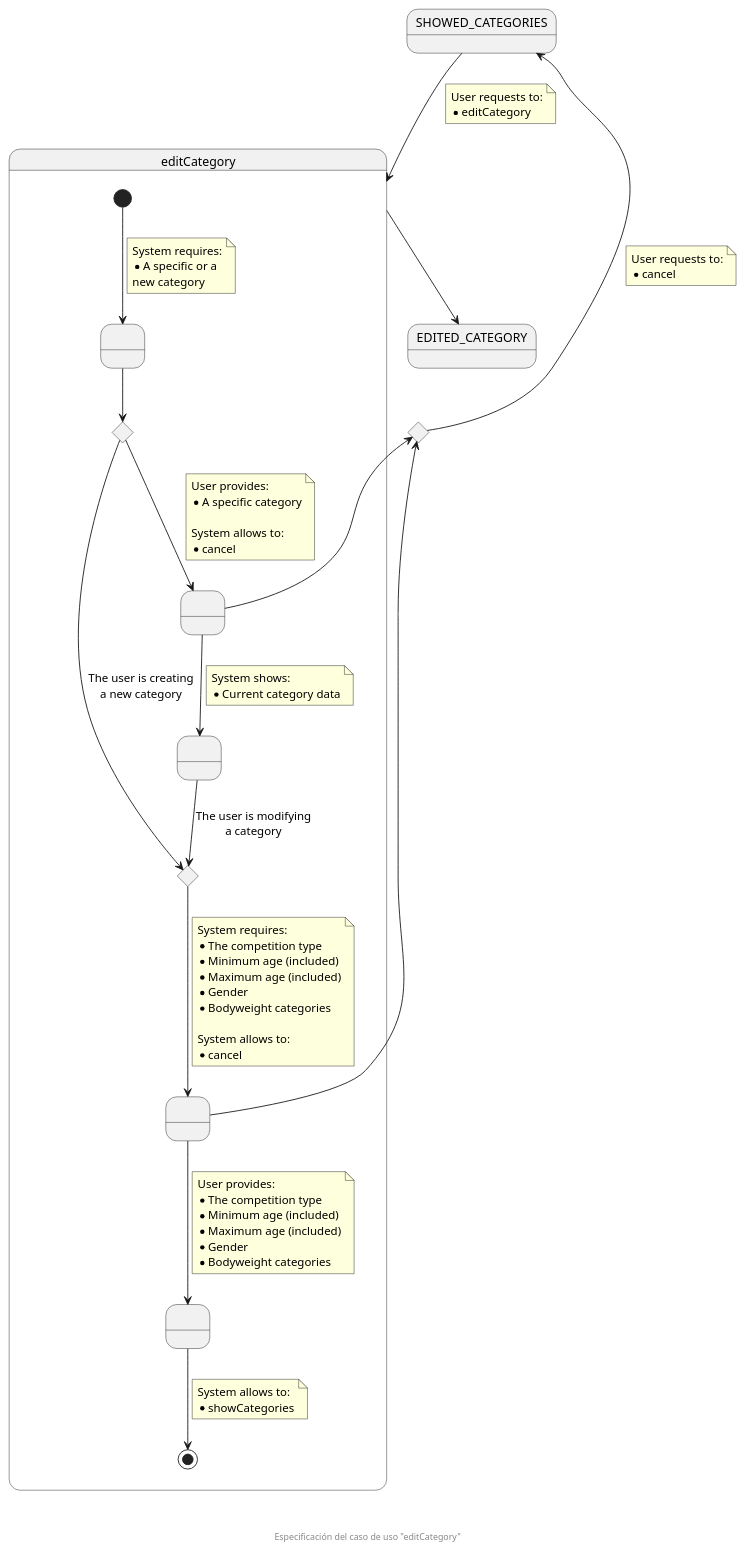
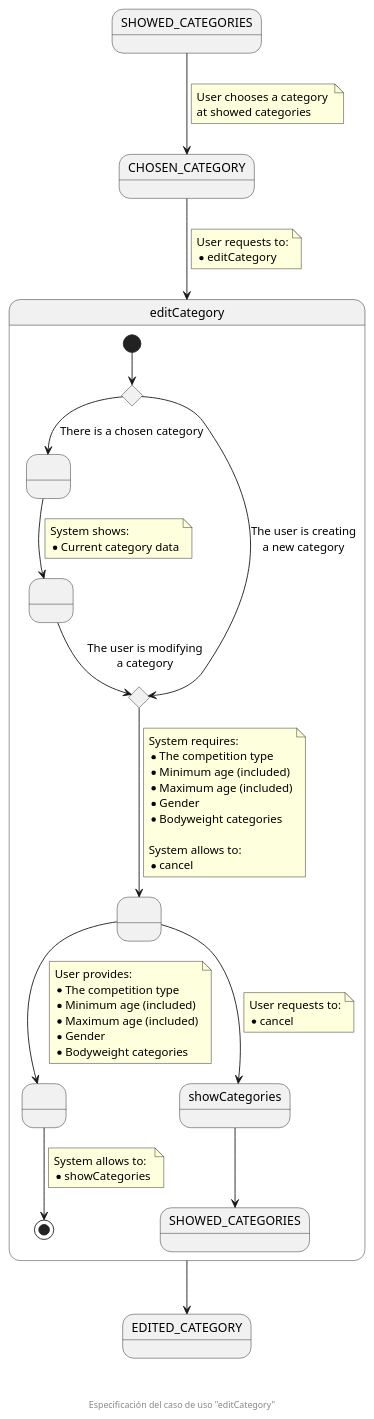
One commit to zuldare/mastercloud_pfm_halterocms changed the diagram in documentation/diagrams/useCasesSpecification/organizationSecretary/03_editCategory.puml. Above: the diagram before and after it, drawn with PlantUML.

Commit message:
Fix editCategory use case specification

```diff
--- a/documentation/diagrams/useCasesSpecification/organizationSecretary/03_editCategory.puml
+++ b/documentation/diagrams/useCasesSpecification/organizationSecretary/03_editCategory.puml
@@ -1,80 +1,72 @@
 @startuml
 state SHOWED_CATEGORIES
-state enterCancelCHC <<choice>>
+state CHOSEN_CATEGORY
 state editCategory {
-  state " " as pendingCategory
   state createOrModifyCHC <<choice>>
   state " " as providedCategory
   state " " as showedData
   state createOrModifyCHC2 <<choice>>
   state " " as pendingData
   state " " as providedData
-  [*] --> pendingCategory
-  note on link
-    System requires:
-    * A specific or a 
-    new category
-  end note
-  pendingCategory --> createOrModifyCHC
-  createOrModifyCHC --> providedCategory
-  note on link
-    User provides:
-    * A specific category
-
-    System allows to:
-    * cancel
-  end note
- createOrModifyCHC --> createOrModifyCHC2 : The user is creating\na new category
+  [*] --> createOrModifyCHC
+  createOrModifyCHC --> providedCategory : There is a chosen category
+  createOrModifyCHC --> createOrModifyCHC2 : The user is creating\na new category
   providedCategory --> showedData
   note on link
     System shows:
     * Current category data
   end note
   showedData --> createOrModifyCHC2 : The user is modifying\na category
   createOrModifyCHC2 --> pendingData
   note on link
     System requires:
     * The competition type
     * Minimum age (included)
     * Maximum age (included)
     * Gender
     * Bodyweight categories
 
     System allows to:
     * cancel
   end note
-  pendingData -u-> enterCancelCHC
+  pendingData --> showCategories
+  note on link
+    User requests to:
+    * cancel
+  end note
+  showCategories --> SHOWED_CATEGORIES_F
   pendingData --> providedData
   note on link
     User provides:
     * The competition type
     * Minimum age (included)
     * Maximum age (included)
     * Gender
     * Bodyweight categories
   end note
-  providedCategory -u-> enterCancelCHC
   providedData --> [*]
   note on link
     System allows to:
     * showCategories
   end note
 }
 state EDITED_CATEGORY
+state showCategories
+state "SHOWED_CATEGORIES" as SHOWED_CATEGORIES_F
 
-SHOWED_CATEGORIES -d-> editCategory
+SHOWED_CATEGORIES --> CHOSEN_CATEGORY
+note on link
+  User chooses a category 
+  at showed categories
+end note
+
+CHOSEN_CATEGORY --> editCategory
 note on link
   User requests to:
   * editCategory
 end note
 
-editCategory -d-> EDITED_CATEGORY
-
-enterCancelCHC -u-> SHOWED_CATEGORIES
-note on link
-  User requests to:
-  * cancel
-end note
+editCategory --> EDITED_CATEGORY
 
 footer \n\n\n Especificación del caso de uso "editCategory"
 @enduml
```
